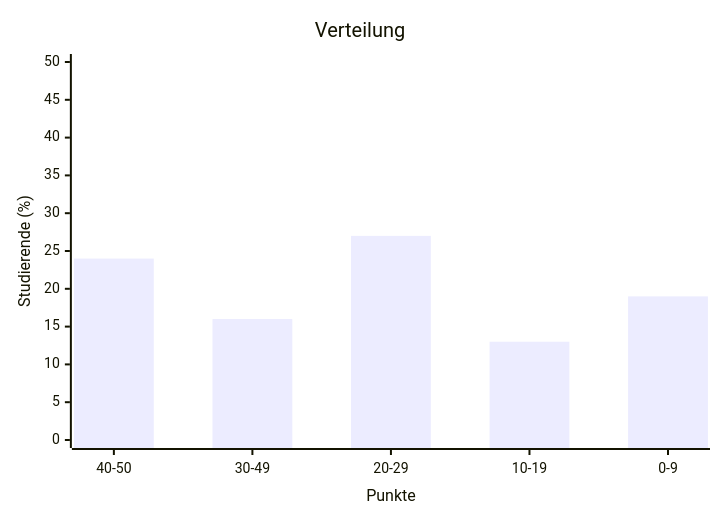
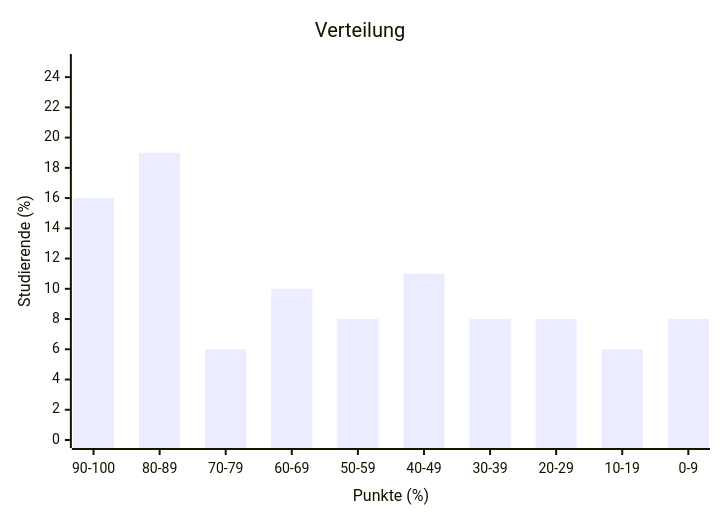
The third of 4 diagrams in docs/additional-material/daniel/coding2-wi/exam-results.md (jappuccini/java-docs), drawn with Mermaid before and after one commit. The commit also changed other lines of this file and 1 other file, not shown here.

````diff
--- a/docs/additional-material/daniel/coding2-wi/exam-results.md
+++ b/docs/additional-material/daniel/coding2-wi/exam-results.md
@@ -50,7 +45,7 @@
 ```mermaid
 xychart-beta
    title "Verteilung"
-   x-axis "Punkte" ["40-50", "30-49", "20-29", "10-19", "0-9"]
-   y-axis "Studierende (%)" 0 --> 50
-   bar [24, 16, 27, 13, 19]
+   x-axis "Punkte (%)" ["90-100", "80-89", "70-79", "60-69", "50-59", "40-49", "30-39", "20-29", "10-19", "0-9"]
+   y-axis "Studierende (%)" 0 --> 25
+   bar [16, 19, 6, 10, 8, 11, 8, 8, 6, 8]
 ```
````
